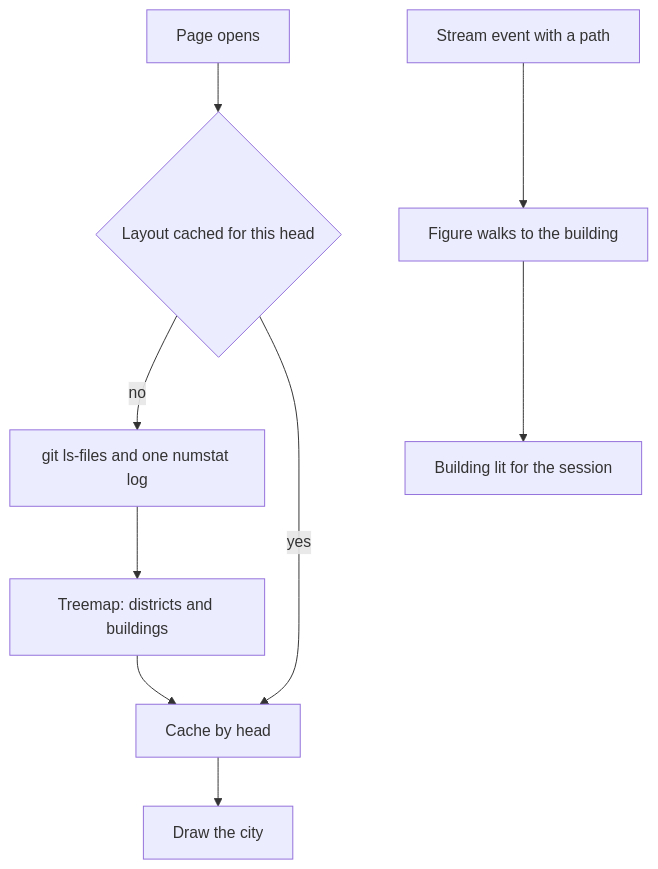
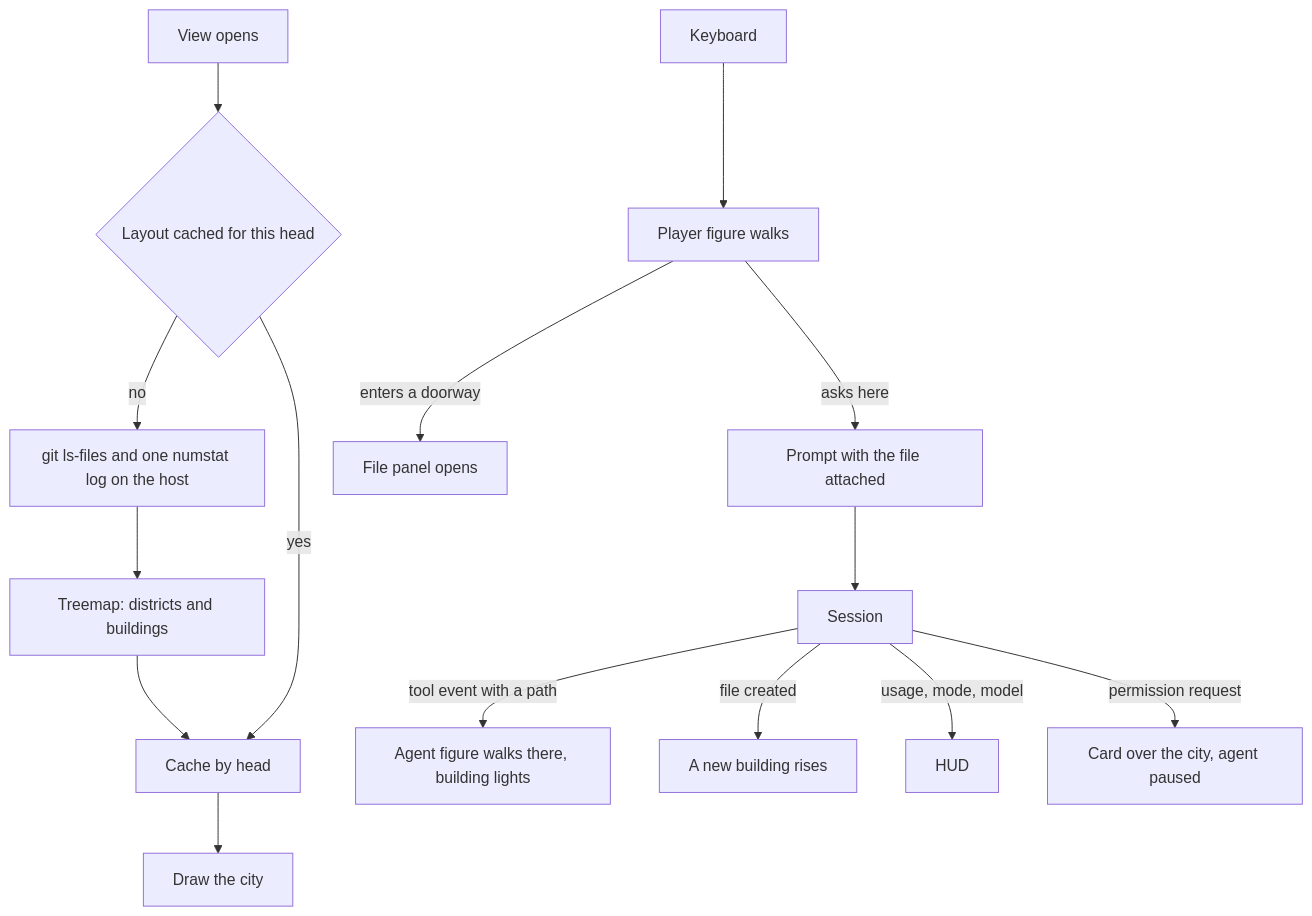
Before and after one commit to Esposter/Esposter: the diagram in apps/web/content/docs/proposals/infra/agent-console/codebase-city.md, drawn with Mermaid. The commit also changed other lines of this file and 13 other files, not shown here.

First line of the commit message:
docs(infra): the agent console grows into a host, drivers and themes, with a playable codebase city

````diff
--- a/apps/web/content/docs/proposals/infra/agent-console/codebase-city.md
+++ b/apps/web/content/docs/proposals/infra/agent-console/codebase-city.md
@@ -23,9 +25,14 @@
 ```mermaid
 flowchart TD
-  O[Page opens] --> H{Layout cached for this head}
-  H -->|no| G[git ls-files and one numstat log] --> L[Treemap: districts and buildings] --> C[Cache by head]
+  O[View opens] --> H{Layout cached for this head}
+  H -->|no| G[git ls-files and one numstat log on the host] --> L[Treemap: districts and buildings] --> C[Cache by head]
   H -->|yes| C
   C --> D[Draw the city]
-  E[Stream event with a path] --> W[Figure walks to the building]
-  W --> T[Building lit for the session]
+  K[Keyboard] --> PL[Player figure walks]
+  PL -->|enters a doorway| F[File panel opens]
+  PL -->|asks here| PR[Prompt with the file attached] --> S[Session]
+  S -->|tool event with a path| AG[Agent figure walks there, building lights]
+  S -->|file created| NB[A new building rises]
+  S -->|usage, mode, model| HUD[HUD]
+  S -->|permission request| PC[Card over the city, agent paused]
 ```
````
